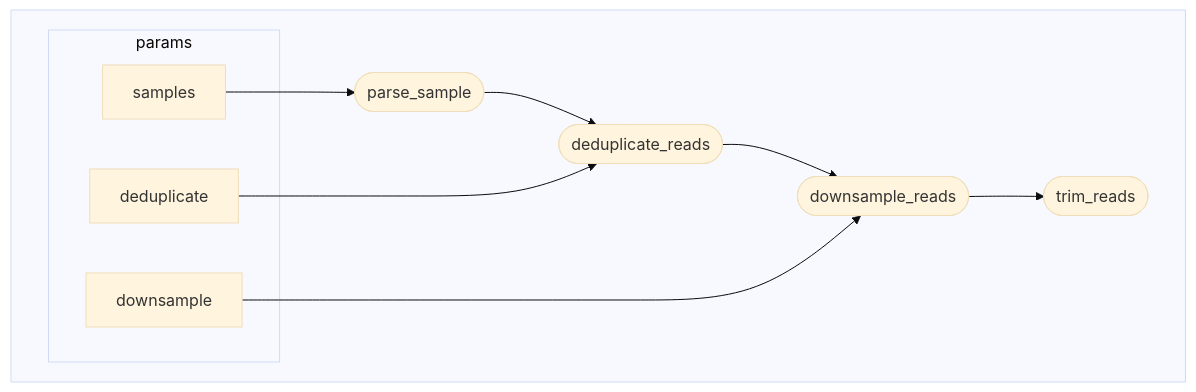
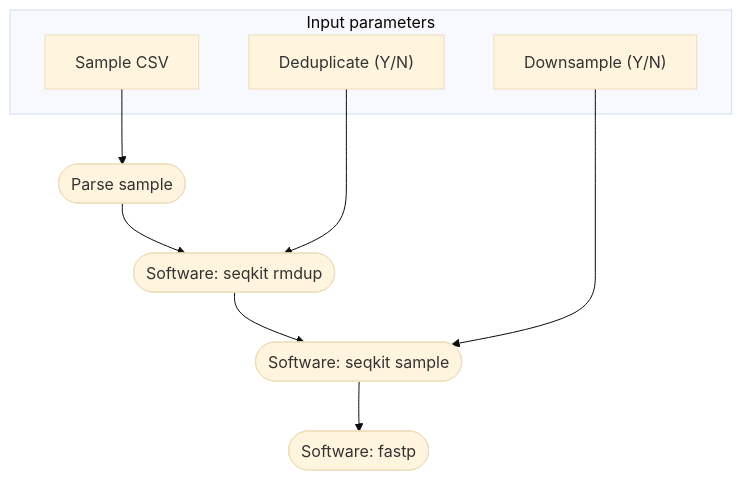
Before and after one commit to EcoEvoGenomics/genotyping_pipeline: the diagram in README.md, drawn with Mermaid (base theme).

Commit message:
Update Step 1 Mermaid diagram

````diff
--- a/README.md
+++ b/README.md
@@ -54,20 +54,18 @@
 ```mermaid
 flowchart TB
-    subgraph " "
-    subgraph params
-    v7["downsample"]
-    v4["deduplicate"]
-    v0["samples"]
-    end
-    v2([parse_sample])
-    v5([deduplicate_reads])
-    v8([downsample_reads])
-    v10([trim_reads])
-    v0 --> v2
-    v2 --> v5
-    v5 --> v8
-    v8 --> v10
-    v4 --> v5
-    v7 --> v8
-    end
+   subgraph "Input parameters"
+   v7["Downsample (Y/N)"]
+   v4["Deduplicate (Y/N)"]
+   v0["Sample CSV"]
+   end
+   v2(["Parse sample"])
+   v5(["Software: seqkit rmdup"])
+   v8(["Software: seqkit sample"])
+   v10(["Software: fastp"])
+   v0 --> v2
+   v2 --> v5
+   v5 --> v8
+   v8 --> v10
+   v4 --> v5
+   v7 --> v8
 ```
````
